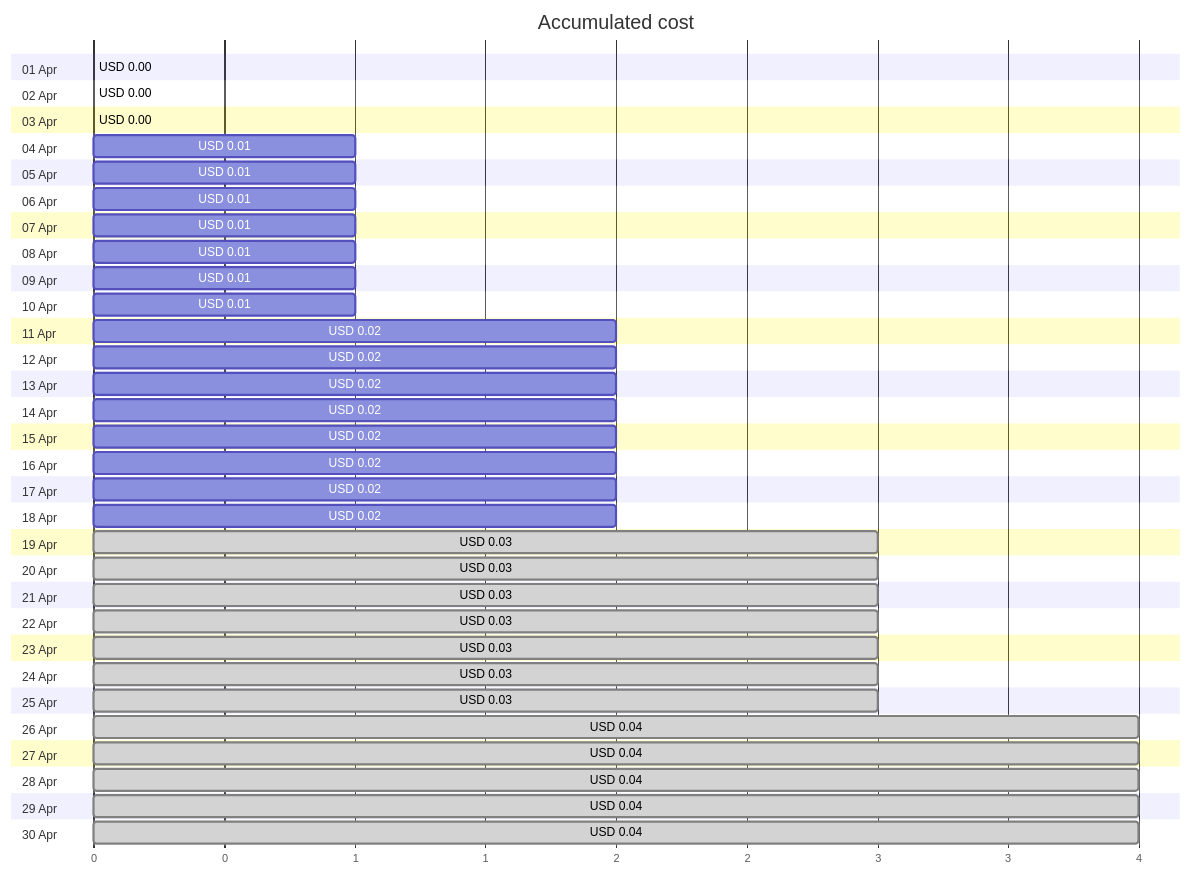
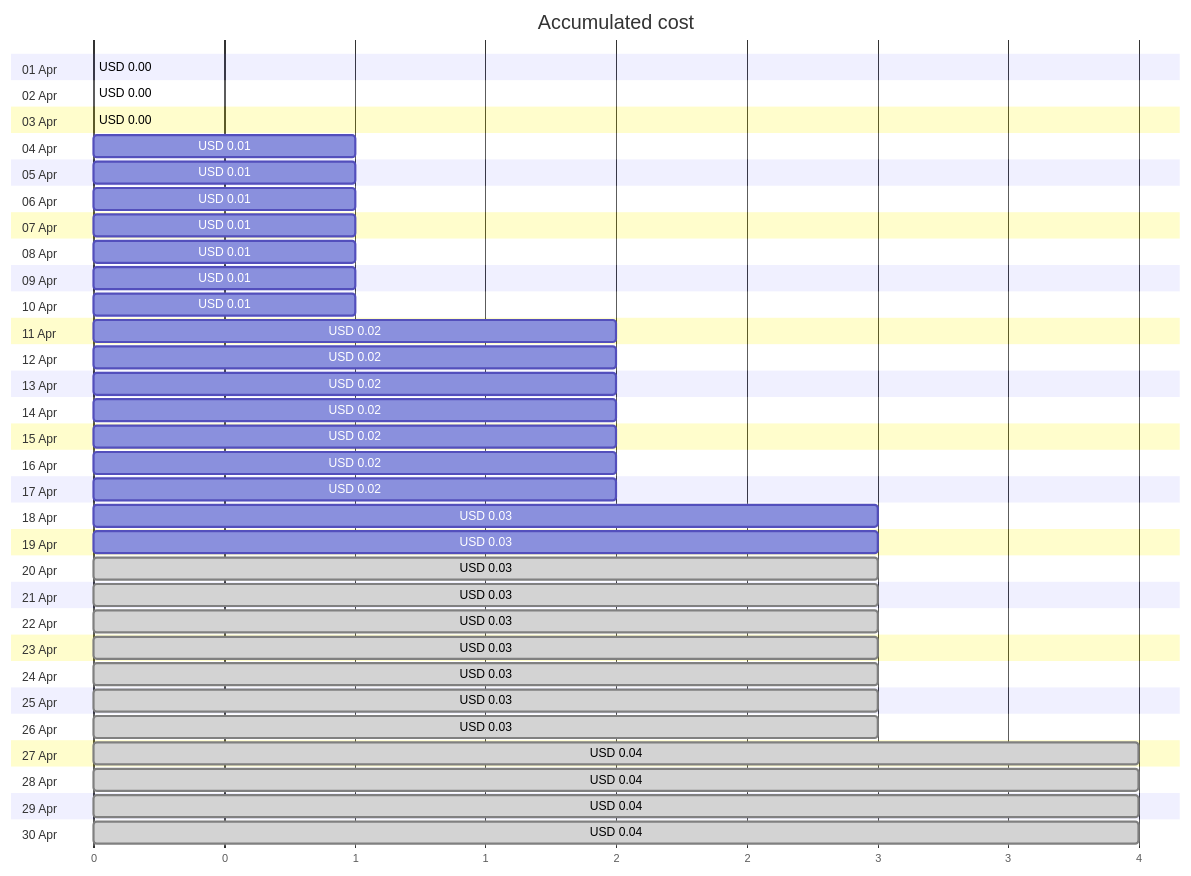
One commit to jpfulton/azure-personal-reports changed the first of 4 diagrams in cost-reports/personal-site/personalsiteapistorage.md. Above: the diagram before and after it, drawn with Mermaid. The commit also changed other lines of this file and 6 other files, not shown here.

````diff
--- a/cost-reports/personal-site/personalsiteapistorage.md
+++ b/cost-reports/personal-site/personalsiteapistorage.md
@@ -20,66 +20,66 @@
 ```mermaid
 gantt
    title Accumulated cost
    dateFormat  X
    axisFormat %s
    section 01 Apr
    USD 0.00 :0, 0
    section 02 Apr
    USD 0.00 :0, 0
    section 03 Apr
    USD 0.00 :0, 0
    section 04 Apr
    USD 0.01 :0, 1
    section 05 Apr
    USD 0.01 :0, 1
    section 06 Apr
    USD 0.01 :0, 1
    section 07 Apr
    USD 0.01 :0, 1
    section 08 Apr
    USD 0.01 :0, 1
    section 09 Apr
    USD 0.01 :0, 1
    section 10 Apr
    USD 0.01 :0, 1
    section 11 Apr
    USD 0.02 :0, 2
    section 12 Apr
    USD 0.02 :0, 2
    section 13 Apr
    USD 0.02 :0, 2
    section 14 Apr
    USD 0.02 :0, 2
    section 15 Apr
    USD 0.02 :0, 2
    section 16 Apr
    USD 0.02 :0, 2
    section 17 Apr
    USD 0.02 :0, 2
    section 18 Apr
-   USD 0.02 :0, 2
+   USD 0.03 :0, 3
    section 19 Apr
-   USD 0.03 : done, 0, 3
+   USD 0.03 :0, 3
    section 20 Apr
    USD 0.03 : done, 0, 3
    section 21 Apr
    USD 0.03 : done, 0, 3
    section 22 Apr
    USD 0.03 : done, 0, 3
    section 23 Apr
    USD 0.03 : done, 0, 3
    section 24 Apr
    USD 0.03 : done, 0, 3
    section 25 Apr
    USD 0.03 : done, 0, 3
    section 26 Apr
-   USD 0.04 : done, 0, 4
+   USD 0.03 : done, 0, 3
    section 27 Apr
    USD 0.04 : done, 0, 4
    section 28 Apr
    USD 0.04 : done, 0, 4
    section 29 Apr
    USD 0.04 : done, 0, 4
    section 30 Apr
    USD 0.04 : done, 0, 4
 ```
````
